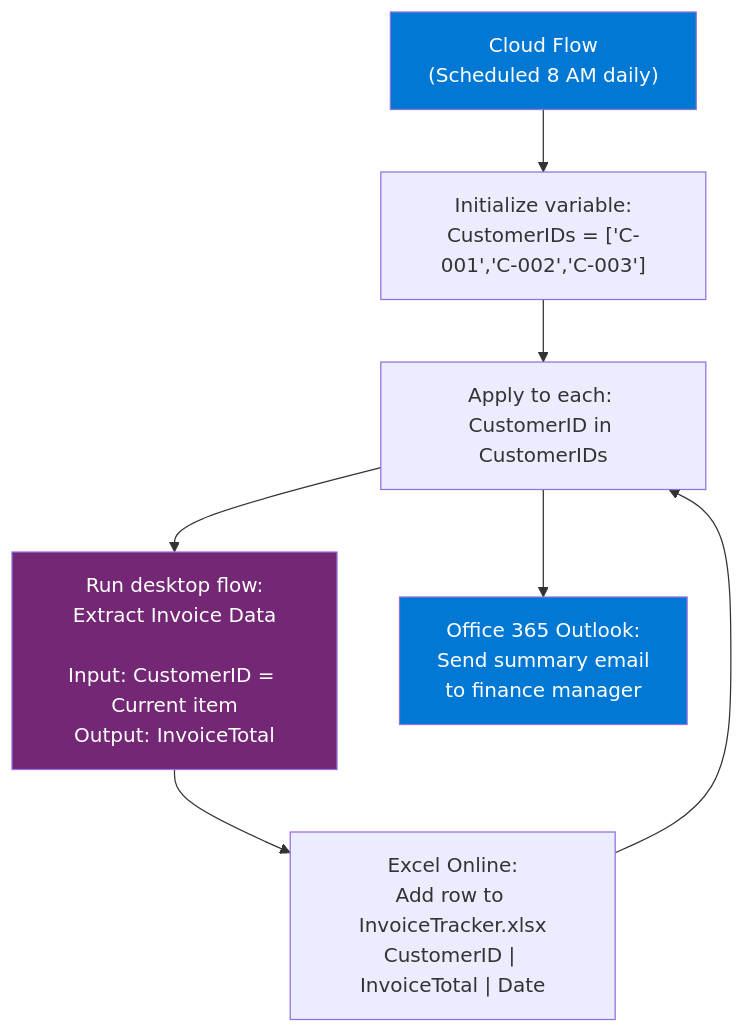
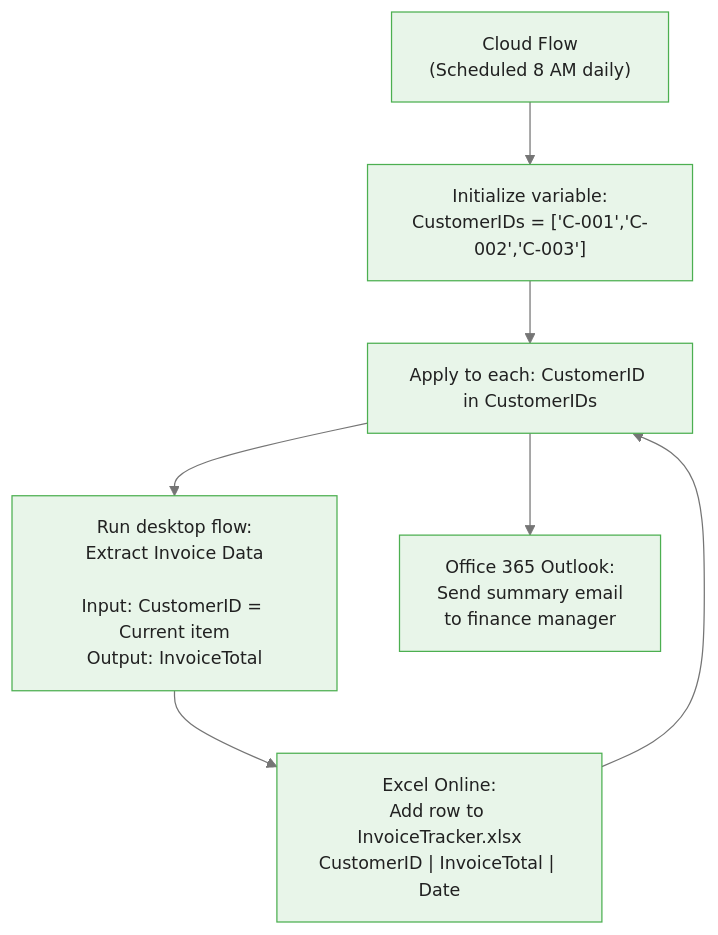
Before and after one commit to m-deane/course-creator: the second of 11 diagrams in courses/power-automate/modules/module_07_desktop_flows_rpa/guides/02_cloud_desktop_integration_slides.md, drawn with Mermaid. The commit also changed other lines of this file and 72 other files, not shown here.

````diff
--- a/courses/power-automate/modules/module_07_desktop_flows_rpa/guides/02_cloud_desktop_integration_slides.md
+++ b/courses/power-automate/modules/module_07_desktop_flows_rpa/guides/02_cloud_desktop_integration_slides.md
@@ -47,19 +53,17 @@
 ```mermaid
+%%{init: {"theme": "base", "themeVariables": {"primaryColor": "#e8f5e9", "primaryBorderColor": "#4caf50", "primaryTextColor": "#212121", "secondaryColor": "#e3f2fd", "tertiaryColor": "#fff8e1", "lineColor": "#757575", "fontFamily": "Inter, sans-serif", "fontSize": "14px"}}}%%
 graph TB
     TRIGGER["Cloud Flow\n(Scheduled 8 AM daily)"]
 
     TRIGGER --> INIT["Initialize variable:\nCustomerIDs = ['C-001','C-002','C-003']"]
     INIT --> LOOP["Apply to each: CustomerID in CustomerIDs"]
 
     LOOP --> RUN["Run desktop flow:\nExtract Invoice Data\n\nInput: CustomerID = Current item\nOutput: InvoiceTotal"]
 
     RUN --> EXCEL["Excel Online:\nAdd row to InvoiceTracker.xlsx\nCustomerID | InvoiceTotal | Date"]
 
     EXCEL --> LOOP
 
     LOOP --> EMAIL["Office 365 Outlook:\nSend summary email\nto finance manager"]
 
-    style TRIGGER fill:#0078d4,color:#fff
-    style RUN fill:#742774,color:#fff
-    style EMAIL fill:#0078d4,color:#fff
 ```
````
